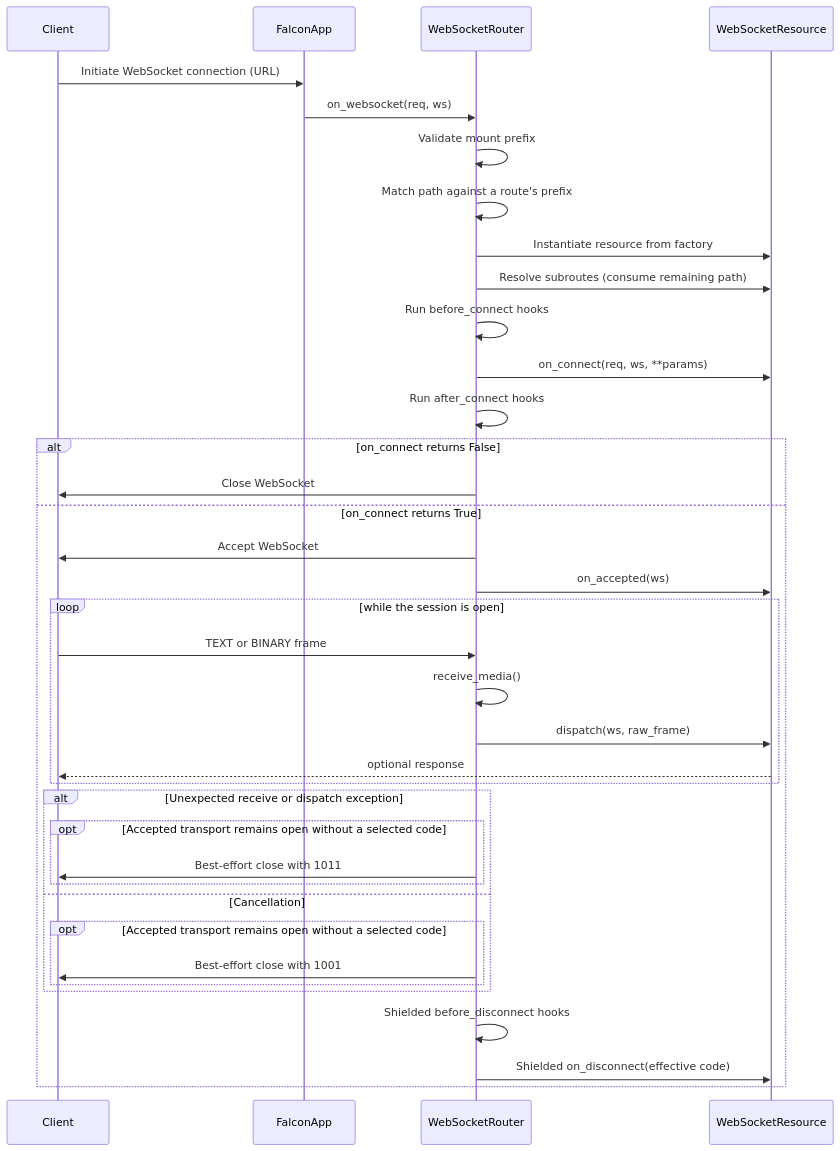
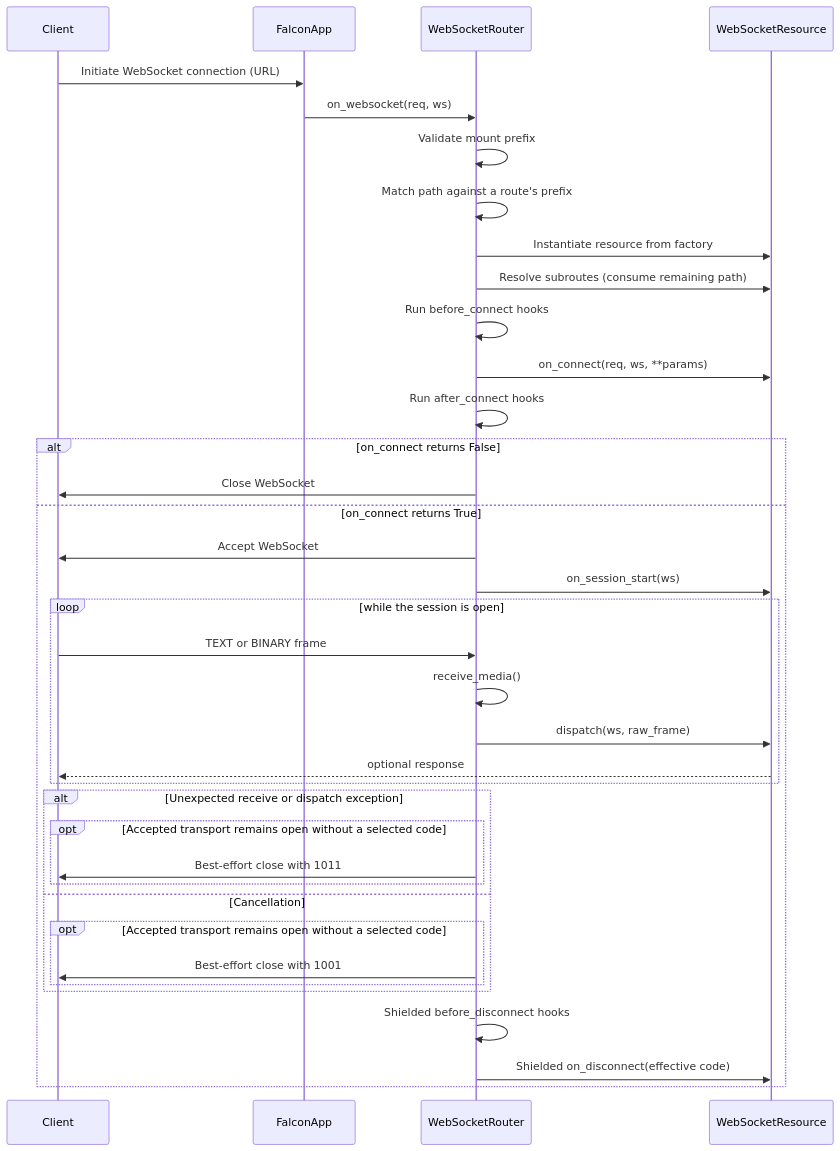
Before and after one commit to leynos/falcon-pachinko: the seventh of 20 diagrams in docs/falcon-websocket-extension-design.md, drawn with Mermaid. The commit also changed other lines of this file and 94 other files, not shown here.

First line of the commit message:
Define WebSocket connection lifecycle (#178) (#244)

````diff
--- a/docs/falcon-websocket-extension-design.md
+++ b/docs/falcon-websocket-extension-design.md
@@ -1278,40 +1285,40 @@
 ```mermaid
 sequenceDiagram
     participant Client
     participant FalconApp
     participant WebSocketRouter
     participant WebSocketResource
 
     Client->>FalconApp: Initiate WebSocket connection (URL)
     FalconApp->>WebSocketRouter: on_websocket(req, ws)
     WebSocketRouter->>WebSocketRouter: Validate mount prefix
     WebSocketRouter->>WebSocketRouter: Match path against a route's prefix
     WebSocketRouter->>WebSocketResource: Instantiate resource from factory
     WebSocketRouter->>WebSocketResource: Resolve subroutes (consume remaining path)
     WebSocketRouter->>WebSocketRouter: Run before_connect hooks
     WebSocketRouter->>WebSocketResource: on_connect(req, ws, **params)
     WebSocketRouter->>WebSocketRouter: Run after_connect hooks
     alt on_connect returns False
         WebSocketRouter->>Client: Close WebSocket
     else on_connect returns True
         WebSocketRouter->>Client: Accept WebSocket
-        WebSocketRouter->>WebSocketResource: on_accepted(ws)
+        WebSocketRouter->>WebSocketResource: on_session_start(ws)
         loop while the session is open
             Client->>WebSocketRouter: TEXT or BINARY frame
             WebSocketRouter->>WebSocketRouter: receive_media()
             WebSocketRouter->>WebSocketResource: dispatch(ws, raw_frame)
             WebSocketResource-->>Client: optional response
         end
         alt Unexpected receive or dispatch exception
             opt Accepted transport remains open without a selected code
                 WebSocketRouter->>Client: Best-effort close with 1011
             end
         else Cancellation
             opt Accepted transport remains open without a selected code
                 WebSocketRouter->>Client: Best-effort close with 1001
             end
         end
         WebSocketRouter->>WebSocketRouter: Shielded before_disconnect hooks
         WebSocketRouter->>WebSocketResource: Shielded on_disconnect(effective code)
     end
 ```
````
